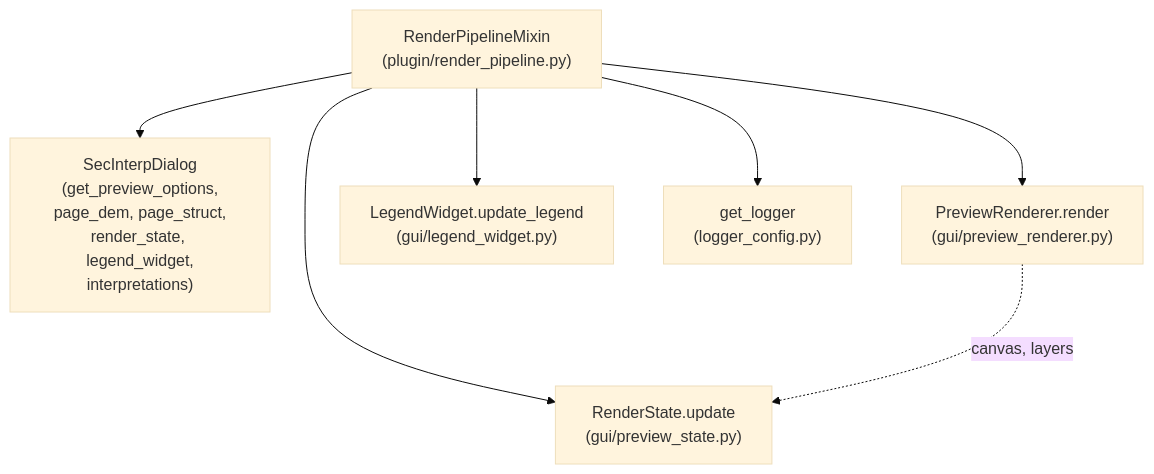
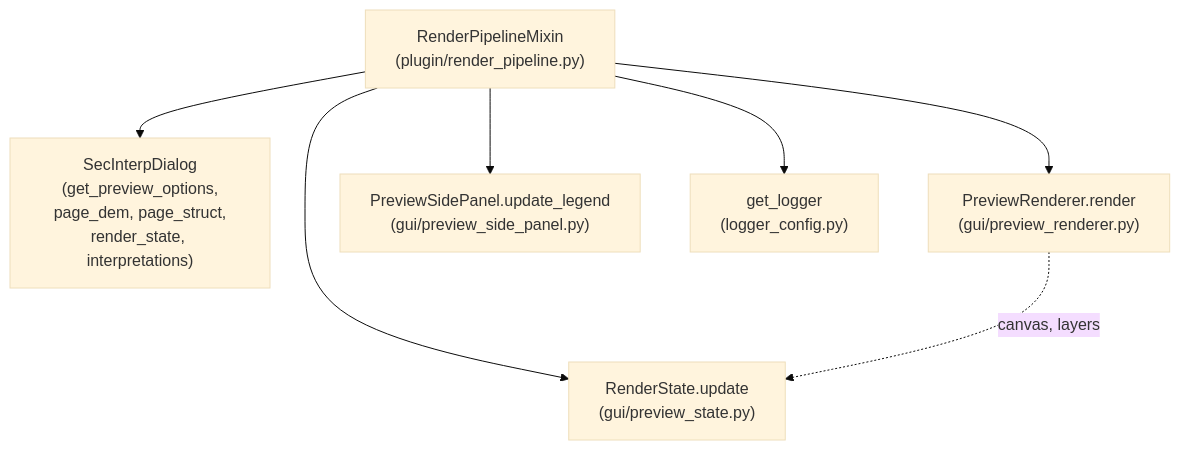
One commit to geociencio/sec_interp changed the first of 2 diagrams in docs/code_walkthrough_en_v2/render_pipeline.md. Above: the diagram before and after it, drawn with Mermaid (base theme). The commit also changed other lines of this file and 365 other files, not shown here.

````diff
--- a/docs/code_walkthrough_en_v2/render_pipeline.md
+++ b/docs/code_walkthrough_en_v2/render_pipeline.md
@@ -47,16 +47,16 @@
 ```mermaid
 graph TD
     MIX["RenderPipelineMixin<br/>(plugin/render_pipeline.py)"]
-    DLG["SecInterpDialog<br/>(get_preview_options,<br/>page_dem, page_struct,<br/>render_state, legend_widget,<br/>interpretations)"]
+    DLG["SecInterpDialog<br/>(get_preview_options,<br/>page_dem, page_struct,<br/>render_state, interpretations)"]
     PR["PreviewRenderer.render<br/>(gui/preview_renderer.py)"]
     RS["RenderState.update<br/>(gui/preview_state.py)"]
-    LG["LegendWidget.update_legend<br/>(gui/legend_widget.py)"]
+    SP["PreviewSidePanel.update_legend<br/>(gui/preview_side_panel.py)"]
     LOG["get_logger<br/>(logger_config.py)"]
 
     MIX --> DLG
     MIX --> PR
     MIX --> RS
-    MIX --> LG
+    MIX --> SP
     MIX --> LOG
     PR -.->|canvas, layers| RS
 ```
````
